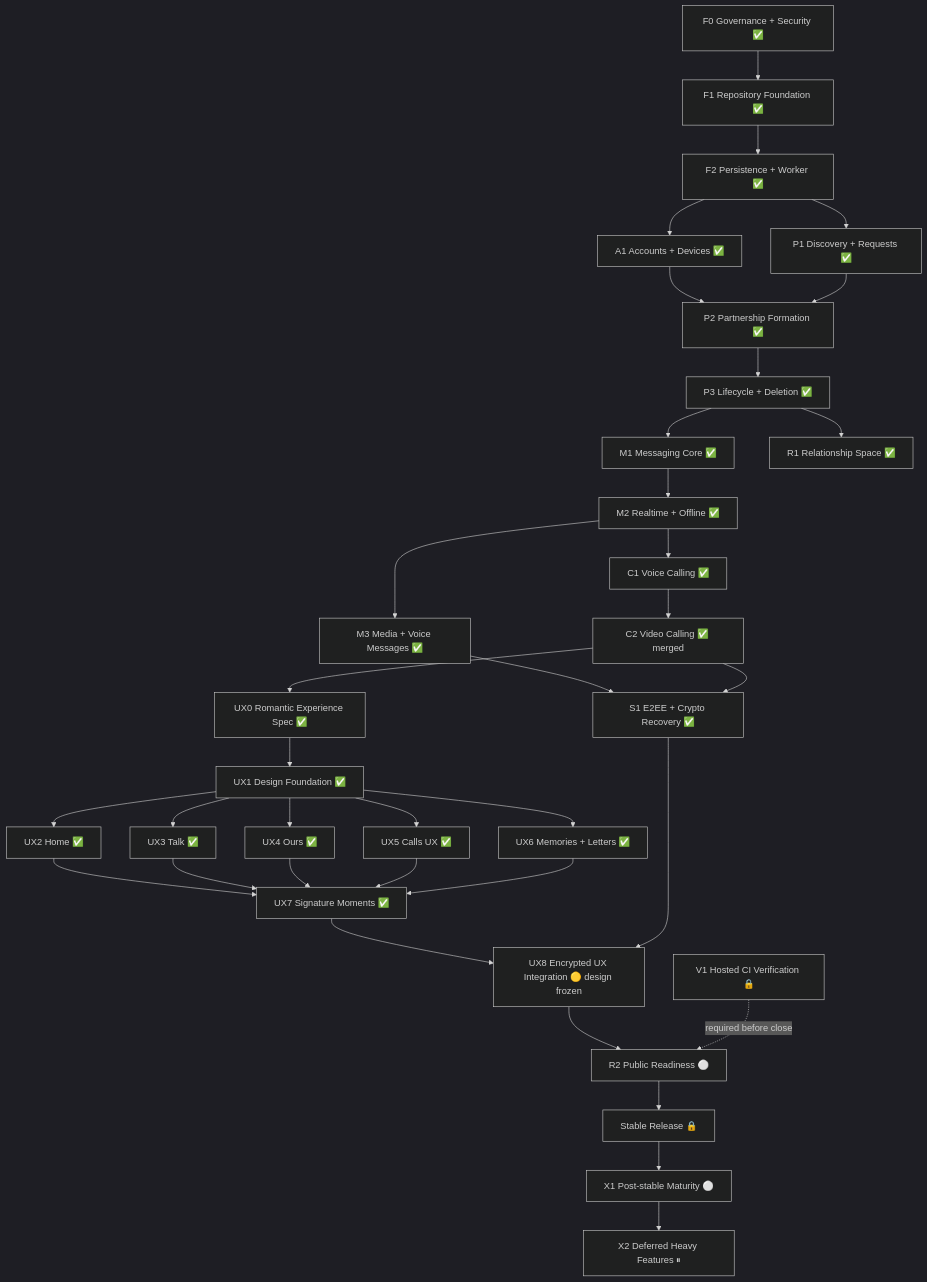
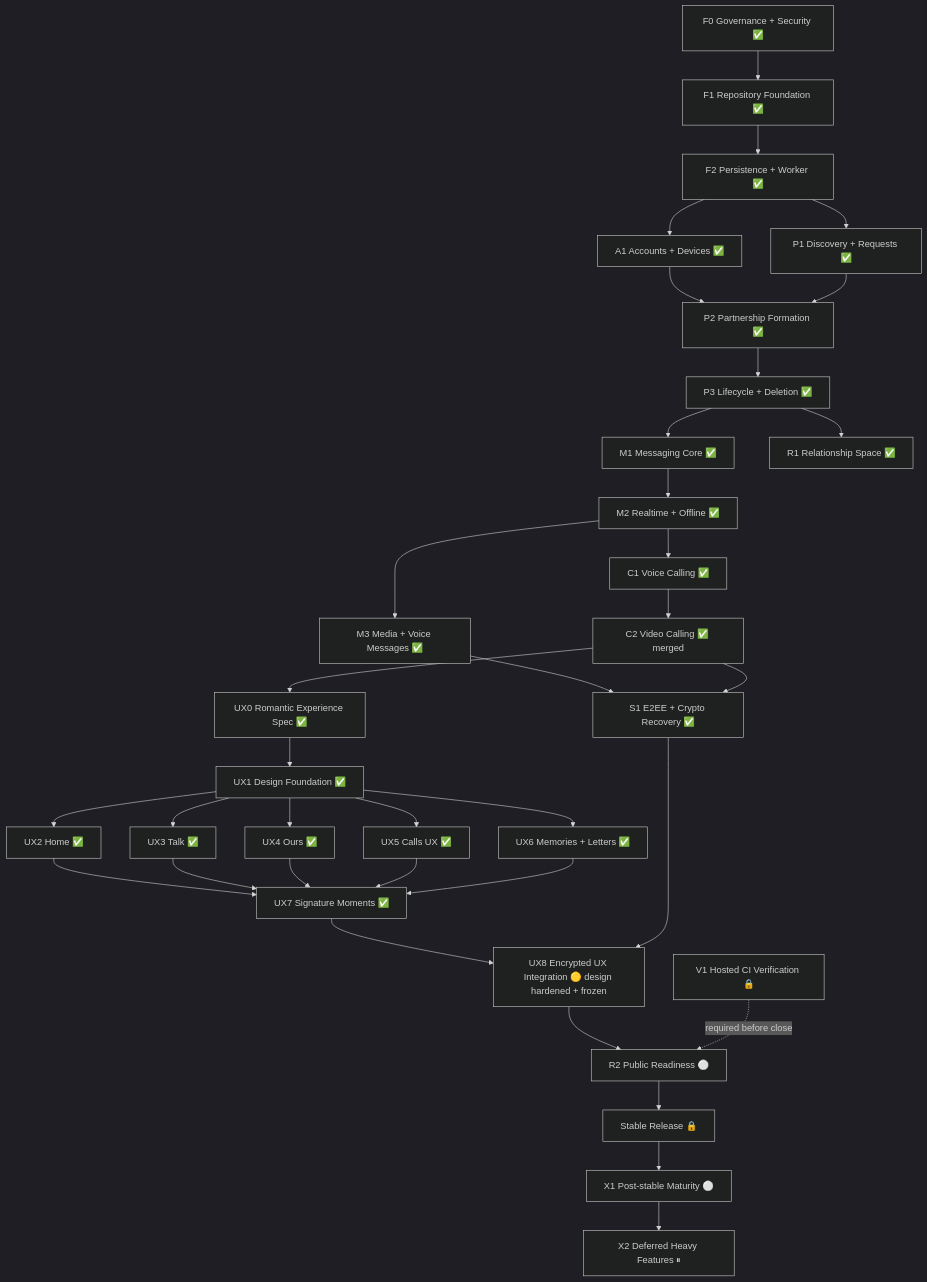
Before and after one commit to ekamal22/shawtie-pls-app: the diagram in docs/EXECUTION_GRAPH.md, drawn with Mermaid (dark theme). The commit also changed other lines of this file, not shown here.

Commit message:
docs: reconcile UX8 execution graph [skip ci]

```diff
--- a/docs/EXECUTION_GRAPH.md
+++ b/docs/EXECUTION_GRAPH.md
@@ -99,47 +99,47 @@
 ~~~mermaid
 flowchart TD
     F0["F0 Governance + Security ✅"] --> F1["F1 Repository Foundation ✅"]
     F1 --> F2["F2 Persistence + Worker ✅"]
 
     F2 --> A1["A1 Accounts + Devices ✅"]
     F2 --> P1["P1 Discovery + Requests ✅"]
 
     A1 --> P2["P2 Partnership Formation ✅"]
     P1 --> P2
 
     P2 --> P3["P3 Lifecycle + Deletion ✅"]
 
     P3 --> M1["M1 Messaging Core ✅"]
     P3 --> R1["R1 Relationship Space ✅"]
 
     M1 --> M2["M2 Realtime + Offline ✅"]
 
     M2 --> M3["M3 Media + Voice Messages ✅"]
     M2 --> C1["C1 Voice Calling ✅"]
     C1 --> C2["C2 Video Calling ✅ merged"]
 
     C2 --> UX0["UX0 Romantic Experience Spec ✅"]
     UX0 --> UX1["UX1 Design Foundation ✅"]
     UX1 --> UX2["UX2 Home ✅"]
     UX1 --> UX3["UX3 Talk ✅"]
     UX1 --> UX4["UX4 Ours ✅"]
     UX1 --> UX5["UX5 Calls UX ✅"]
     UX1 --> UX6["UX6 Memories + Letters ✅"]
     UX2 --> UX7["UX7 Signature Moments ✅"]
     UX3 --> UX7
     UX4 --> UX7
     UX5 --> UX7
     UX6 --> UX7
 
     M3 --> S1["S1 E2EE + Crypto Recovery ✅"]
     C2 --> S1
-    UX7 --> UX8["UX8 Encrypted UX Integration 🟡 design frozen"]
+    UX7 --> UX8["UX8 Encrypted UX Integration 🟡 design hardened + frozen"]
     S1 --> UX8
 
     UX8 --> R2["R2 Public Readiness ⚪"]
     V1["V1 Hosted CI Verification 🔒"] -. required before close .-> R2
 
     R2 --> RELEASE["Stable Release 🔒"]
     RELEASE --> X1["X1 Post-stable Maturity ⚪"]
     X1 --> X2["X2 Deferred Heavy Features ⏸"]
 ~~~
```
